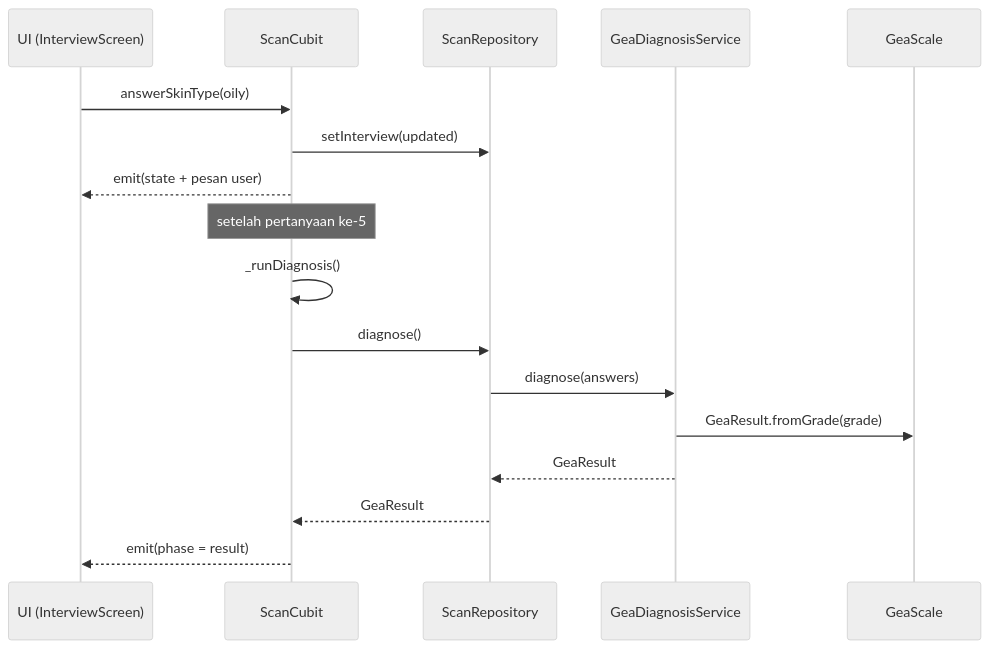
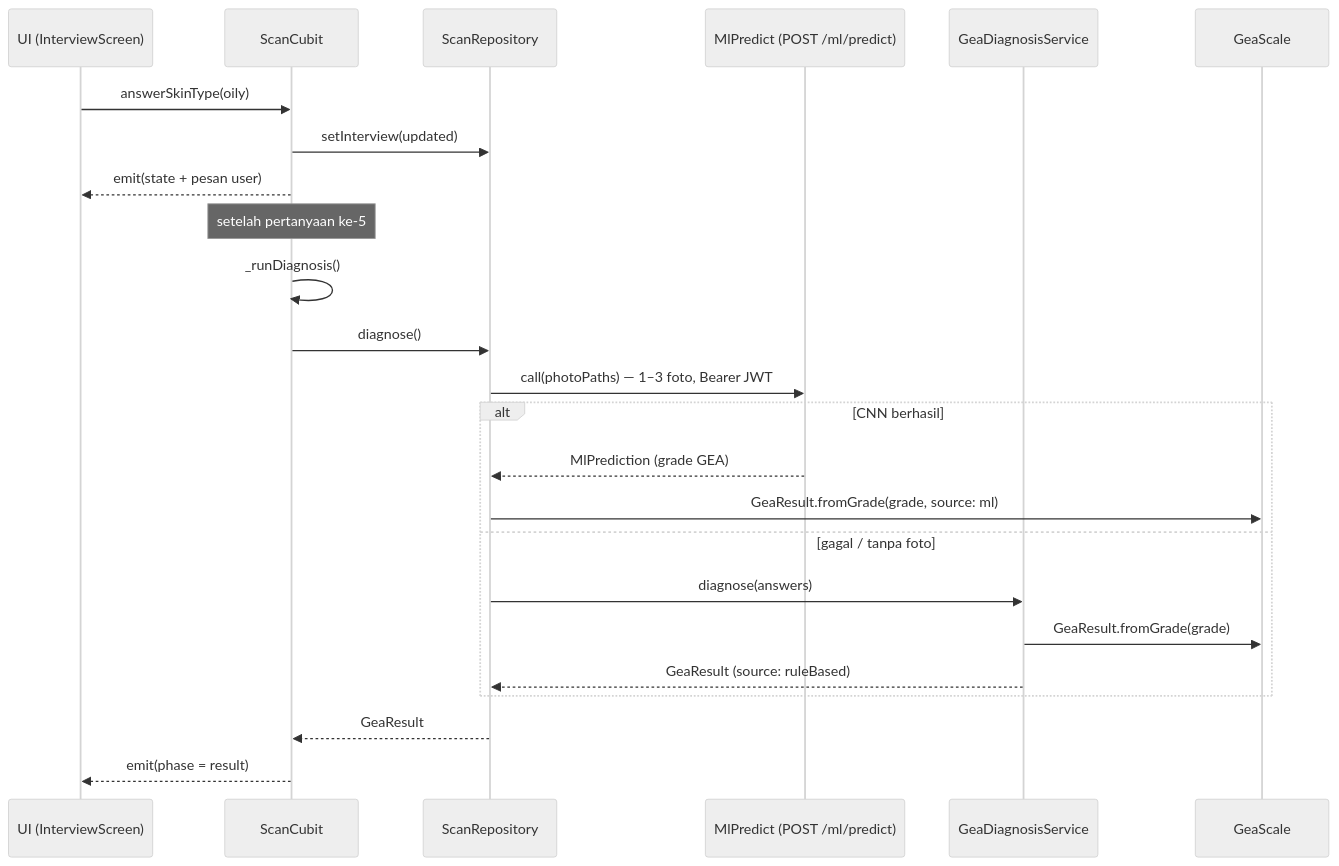
Before and after one commit to trialdyk/PBL-Skin-Problem-Detector: the third of 3 diagrams in docs/arsitektur.md, drawn with Mermaid (neutral theme). The commit also changed other lines of this file and 40 other files, not shown here.

Commit message:
feat(mobile): integrasi CNN + fallback rule-based pada diagnosa

````diff
--- a/docs/arsitektur.md
+++ b/docs/arsitektur.md
@@ -138,20 +141,27 @@
 ```mermaid
 sequenceDiagram
     participant U as UI (InterviewScreen)
     participant C as ScanCubit
     participant R as ScanRepository
+    participant P as MlPredict (POST /ml/predict)
     participant S as GeaDiagnosisService
     participant M as GeaScale
 
     U->>C: answerSkinType(oily)
     C->>R: setInterview(updated)
     C-->>U: emit(state + pesan user)
     Note over C: setelah pertanyaan ke-5
     C->>C: _runDiagnosis()
     C->>R: diagnose()
-    R->>S: diagnose(answers)
-    S->>M: GeaResult.fromGrade(grade)
-    S-->>R: GeaResult
+    R->>P: call(photoPaths) — 1–3 foto, Bearer JWT
+    alt CNN berhasil
+        P-->>R: MlPrediction (grade GEA)
+        R->>M: GeaResult.fromGrade(grade, source: ml)
+    else gagal / tanpa foto
+        R->>S: diagnose(answers)
+        S->>M: GeaResult.fromGrade(grade)
+        S-->>R: GeaResult (source: ruleBased)
+    end
     R-->>C: GeaResult
     C-->>U: emit(phase = result)
 ```
````
